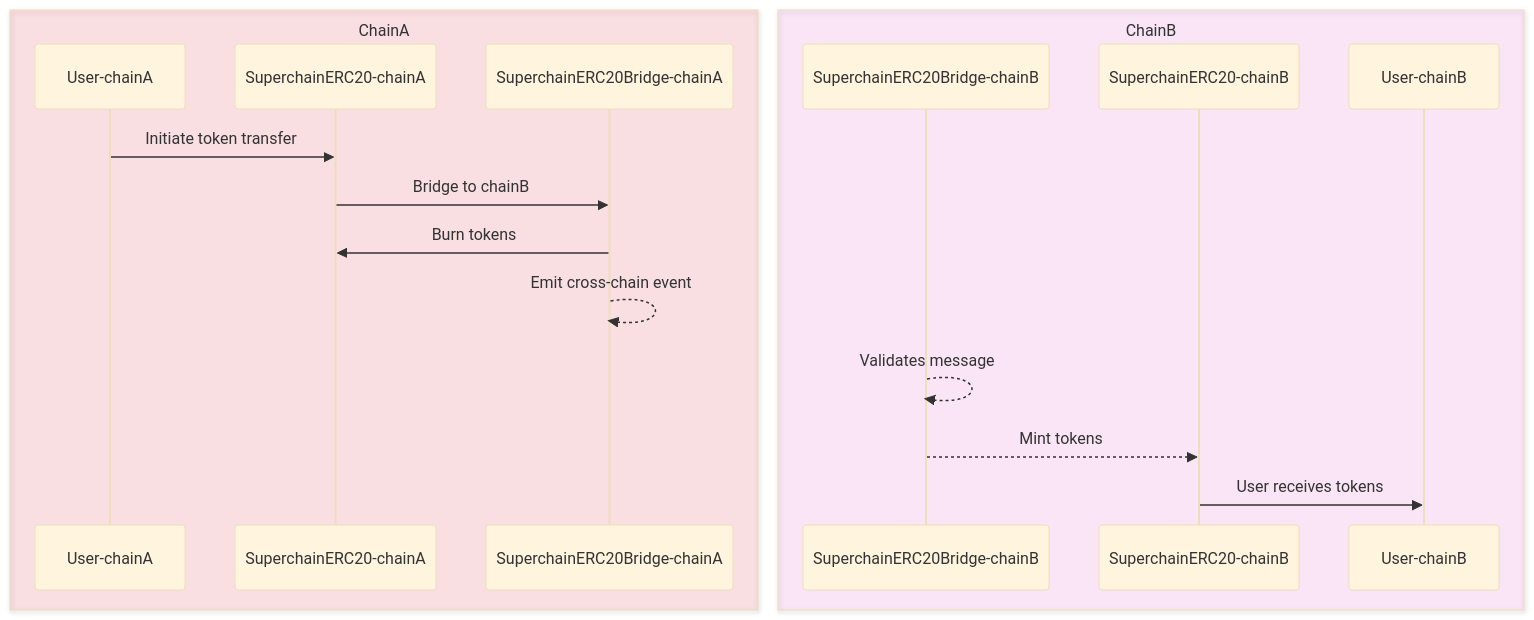
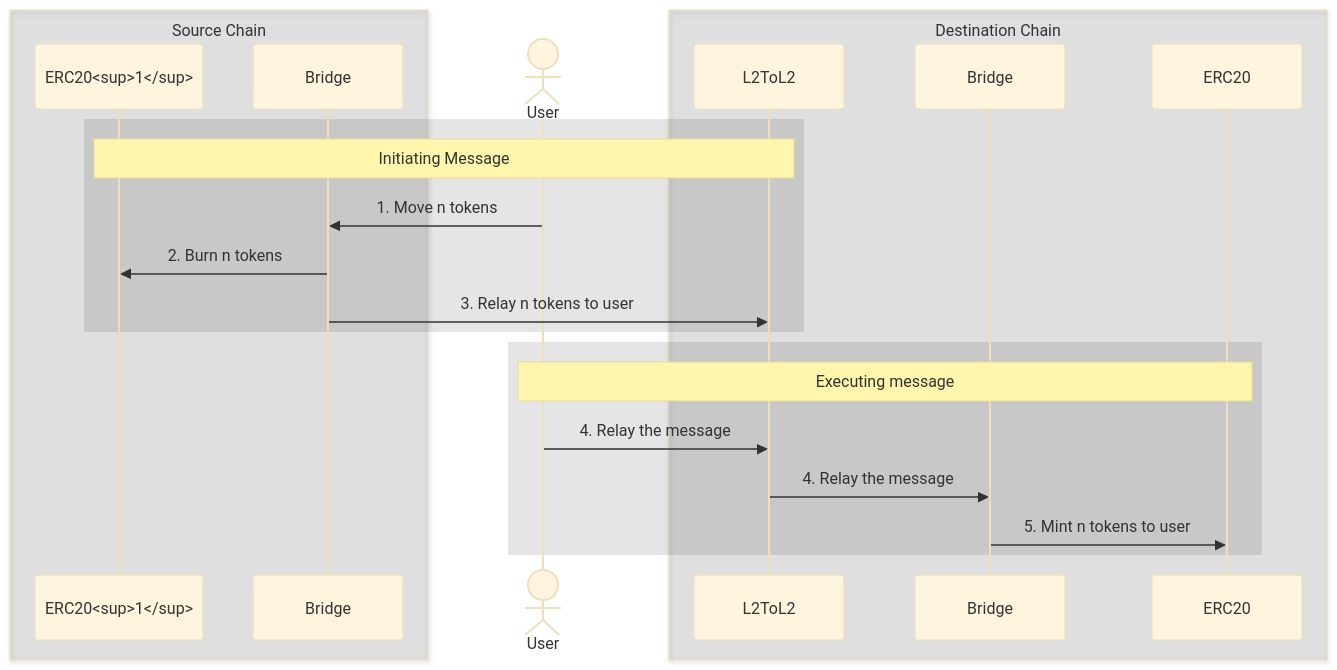
Before and after one commit to ethereum-optimism/docs: the diagram in pages/stack/interop/superchain-erc20.mdx, drawn with Mermaid (base theme). The commit also changed other lines of this file and 1 other file, not shown here.

Commit message:
Update the `SuperchainERC20` page

````diff
--- a/pages/stack/interop/superchain-erc20.mdx
+++ b/pages/stack/interop/superchain-erc20.mdx
@@ -33,22 +31,25 @@
 ```mermaid
 sequenceDiagram
-		box rgba(255, 4, 32, 0.1) ChainA
-		  participant User-chainA
-		  participant SuperchainERC20-chainA
-	    participant SuperchainERC20Bridge-chainA
-		end
-		box rgba(248, 61, 213, 0.1) ChainB
-			participant SuperchainERC20Bridge-chainB
-	    participant SuperchainERC20-chainB
-	    participant User-chainB
-		end
-  
-    
-    User-chainA->>SuperchainERC20-chainA: Initiate token transfer
-    SuperchainERC20-chainA->>SuperchainERC20Bridge-chainA: Bridge to chainB
-    SuperchainERC20Bridge-chainA->>SuperchainERC20-chainA: Burn tokens
-    SuperchainERC20Bridge-chainA-->>SuperchainERC20Bridge-chainA: Emit cross-chain event
-    SuperchainERC20Bridge-chainB-->>SuperchainERC20Bridge-chainB: Validates message
-    SuperchainERC20Bridge-chainB-->>SuperchainERC20-chainB: Mint tokens
-    SuperchainERC20-chainB->>User-chainB: User receives tokens
+  box rgba(0,0,0,0.1) Source Chain
+    participant src-erc20 as ERC20<sup>1</sup>  
+    participant src-bridge as Bridge
+  end
+  actor user as User  
+  box rgba(0,0,0,0.1) Destination Chain
+    participant dst-l2Xl2 as L2ToL2
+    participant dst-bridge as Bridge    
+    participant dst-erc20 as ERC20 
+  end
+  rect rgba(0,0,0,0.1)
+    note over src-erc20, dst-l2Xl2: Initiating Message
+    user->>src-bridge: 1. Move n tokens
+    src-bridge->>src-erc20: 2. Burn n tokens
+    src-bridge->>dst-l2Xl2: 3. Relay n tokens to user
+  end
+  rect rgba(0,0,0,0.1)
+    note over user,dst-erc20: Executing message
+    user->>dst-l2Xl2: 4. Relay the message
+    dst-l2Xl2->>dst-bridge: 4. Relay the message
+    dst-bridge->>dst-erc20: 5. Mint n tokens to user
+  end
 ```
````
